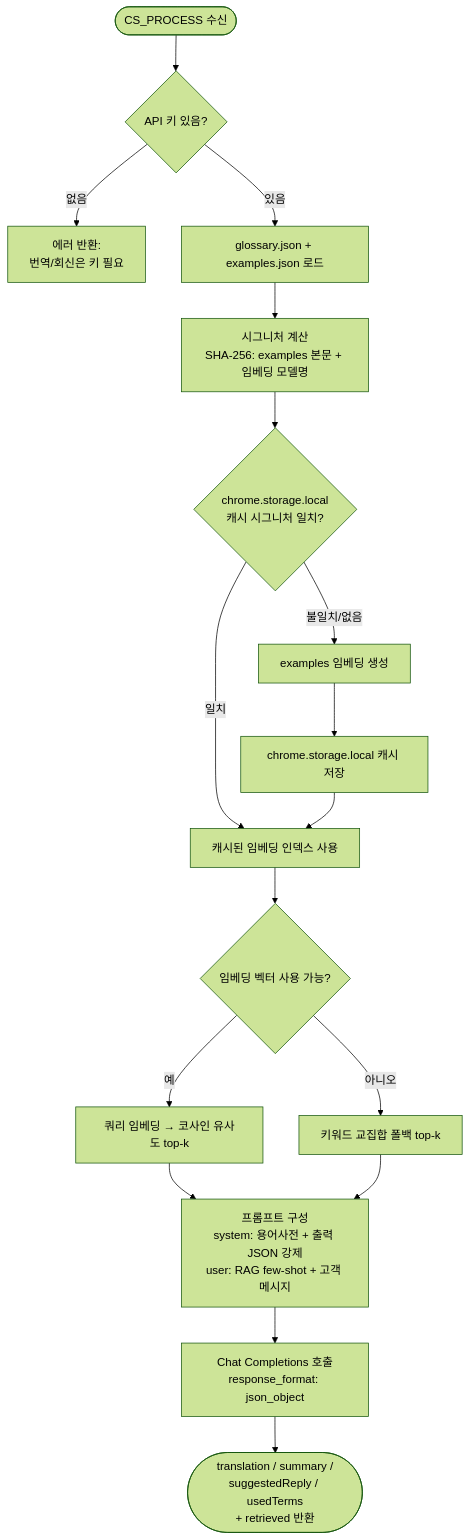
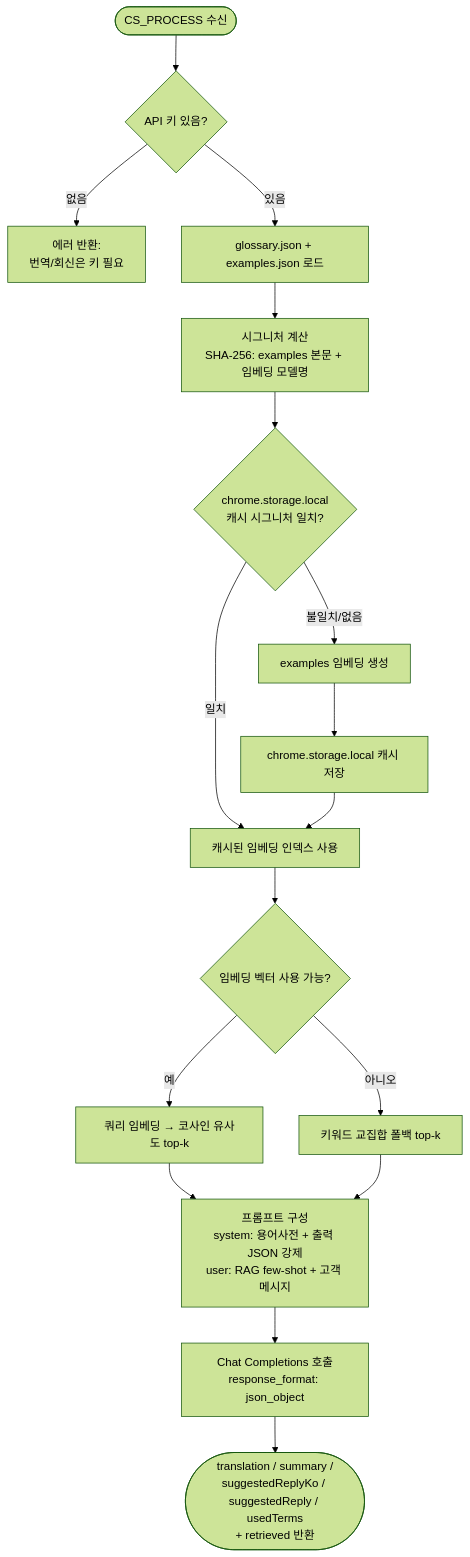
The second of 3 diagrams in README.md (DevMinGeonPark/cs-translation-gpt), drawn with Mermaid (forest theme) before and after one commit. The commit also changed other lines of this file and 2 other files, not shown here.

````diff
--- a/README.md
+++ b/README.md
@@ -58,24 +58,24 @@
 ```mermaid
 flowchart TD
     Start([CS_PROCESS 수신]) --> Key{API 키 있음?}
     Key -- 없음 --> Err[에러 반환:<br/>번역/회신은 키 필요]
     Key -- 있음 --> Load[glossary.json + examples.json 로드]
 
     Load --> Sig[시그니처 계산<br/>SHA-256: examples 본문 + 임베딩 모델명]
     Sig --> Cache{chrome.storage.local<br/>캐시 시그니처 일치?}
     Cache -- 일치 --> Idx[캐시된 임베딩 인덱스 사용]
     Cache -- 불일치/없음 --> Build[examples 임베딩 생성]
     Build --> Save[chrome.storage.local 캐시 저장]
     Save --> Idx
 
     Idx --> Vec{임베딩 벡터 사용 가능?}
     Vec -- 예 --> Cos[쿼리 임베딩 → 코사인 유사도 top-k]
     Vec -- 아니오 --> KW[키워드 교집합 폴백 top-k]
 
     Cos --> Prompt
     KW --> Prompt
 
     Prompt[프롬프트 구성<br/>system: 용어사전 + 출력 JSON 강제<br/>user: RAG few-shot + 고객 메시지]
     Prompt --> Chat[Chat Completions 호출<br/>response_format: json_object]
-    Chat --> Out([translation / summary /<br/>suggestedReply / usedTerms<br/>+ retrieved 반환])
+    Chat --> Out([translation / summary /<br/>suggestedReplyKo / suggestedReply / usedTerms<br/>+ retrieved 반환])
 ```
````
